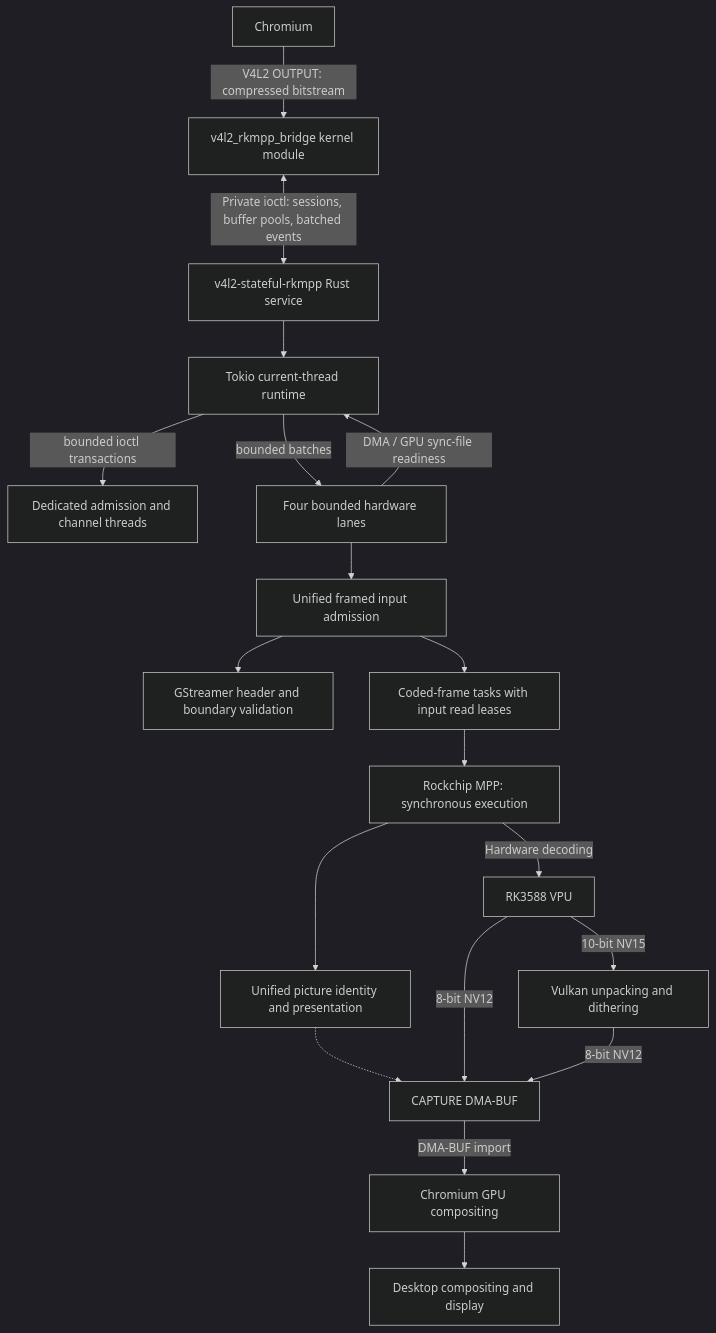
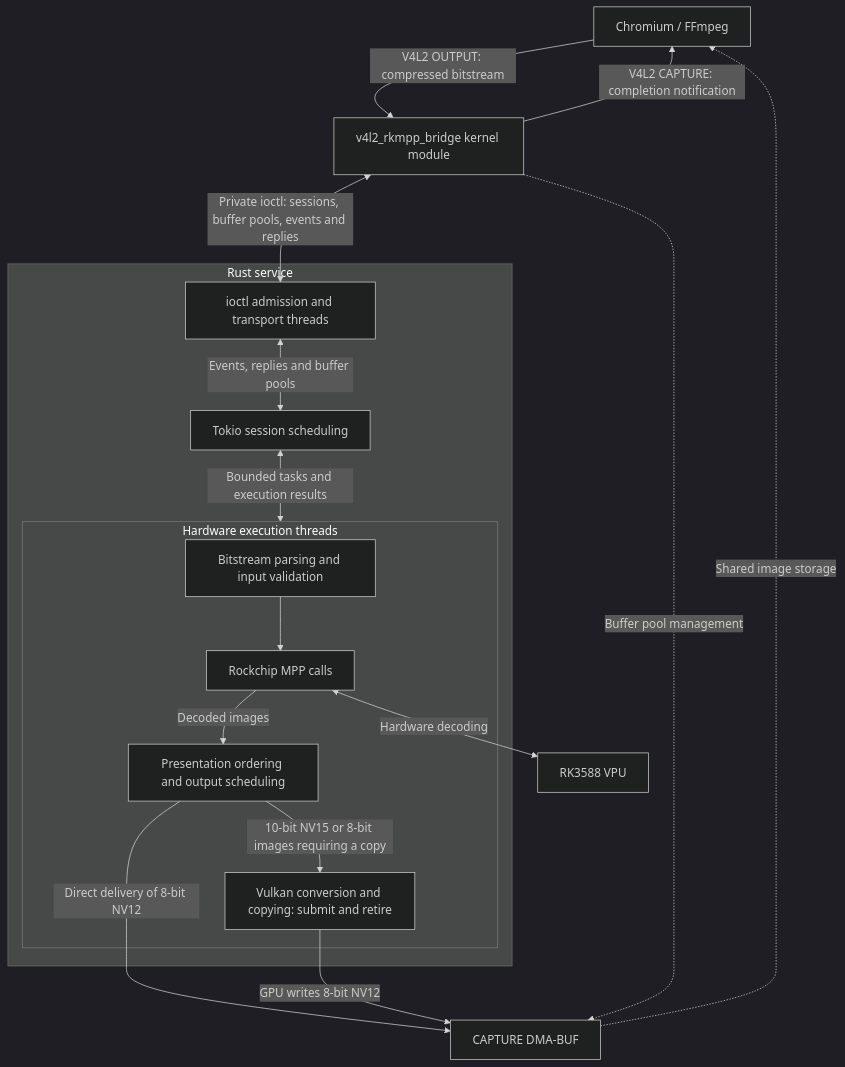
Before and after one commit to abadcafe/v4l2-stateful-rkmpp: the diagram in README.en.md, drawn with Mermaid (dark theme). The commit also changed other lines of this file and 1 other file, not shown here.

Commit message:
docs: simplify READMEs and clarify architecture and limitations

````diff
--- a/README.en.md
+++ b/README.en.md
@@ -13,21 +13,20 @@
 ```mermaid
 flowchart TD
-    Chromium[Chromium] -->|V4L2 OUTPUT: compressed bitstream| Kernel[v4l2_rkmpp_bridge kernel module]
-    Kernel <-->|Private ioctl: sessions, buffer pools, batched events| Service[v4l2-stateful-rkmpp Rust service]
-    Service --> Async[Tokio current-thread runtime]
-    Async -->|bounded ioctl transactions| Transport[Dedicated admission and channel threads]
-    Async -->|bounded batches| Hardware[Four bounded hardware lanes]
-    Hardware -->|DMA / GPU sync-file readiness| Async
-    Hardware --> Frontend[Unified framed input admission]
-    Frontend --> Headers[GStreamer header and boundary validation]
-    Frontend --> Tasks[Coded-frame tasks with input read leases]
-    Tasks --> MPP[Rockchip MPP: synchronous execution]
-    MPP --> Presentation[Unified picture identity and presentation]
-    MPP -->|Hardware decoding| VPU[RK3588 VPU]
-    Presentation -.-> Capture
-    VPU -->|8-bit NV12| Capture[CAPTURE DMA-BUF]
-    VPU -->|10-bit NV15| Vulkan[Vulkan unpacking and dithering]
-    Vulkan -->|8-bit NV12| Capture
-    Capture -->|DMA-BUF import| GPU[Chromium GPU compositing]
-    GPU --> Display[Desktop compositing and display]
+    Client[Chromium / FFmpeg] -->|V4L2 OUTPUT: compressed bitstream| Kernel[v4l2_rkmpp_bridge kernel module]
+    Kernel -->|V4L2 CAPTURE: completion notification| Client
+    Kernel <-->|Private ioctl: sessions, buffer pools, events and replies| Transport
+    subgraph Service[Rust service]
+        Transport[ioctl admission and transport threads] <-->|Events, replies and buffer pools| Scheduler[Tokio session scheduling]
+        Scheduler <-->|Bounded tasks and execution results| Hardware
+        subgraph Hardware[Hardware execution threads]
+            Parser[Bitstream parsing and input validation] --> MPP[Rockchip MPP calls]
+            MPP -->|Decoded images| Output[Presentation ordering and output scheduling]
+            Output -->|10-bit NV15 or 8-bit images requiring a copy| Vulkan[Vulkan conversion and copying: submit and retire]
+        end
+    end
+    MPP <-->|Hardware decoding| VPU[RK3588 VPU]
+    Output -->|Direct delivery of 8-bit NV12| Capture[CAPTURE DMA-BUF]
+    Vulkan -->|GPU writes 8-bit NV12| Capture
+    Kernel -.->|Buffer pool management| Capture
+    Capture -.->|Shared image storage| Client
 ```
````
